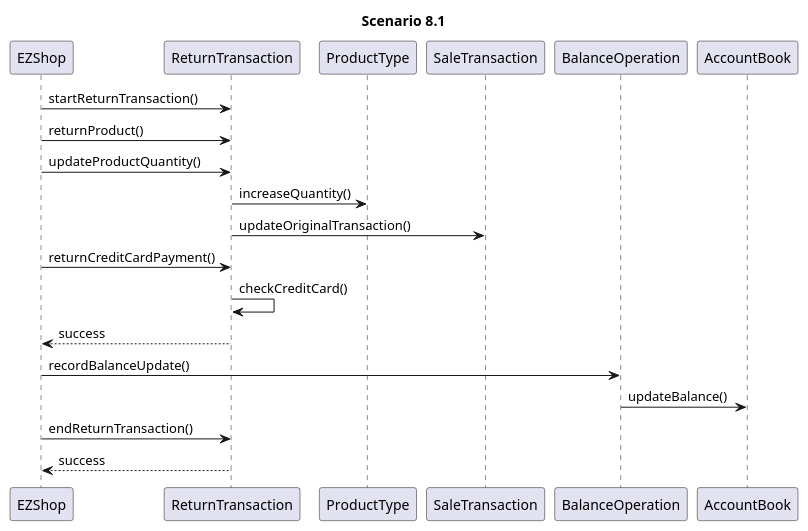
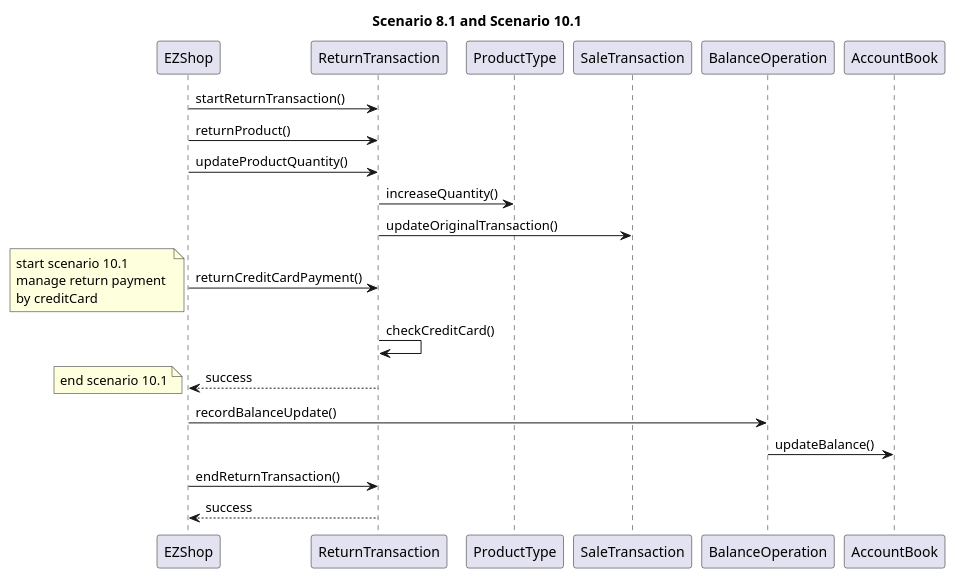
One commit to marco-ballario/EzShop changed the ninth of 9 diagrams in Deliverables/DesignDocument.md. Above: the diagram before and after it, drawn with PlantUML.

Commit message:
Update DesignDocument.md modified scenario 8.1

````diff
--- a/Deliverables/DesignDocument.md
+++ b/Deliverables/DesignDocument.md
@@ -333,15 +333,21 @@
 ```plantuml
-Title: Scenario 8.1
+Title: Scenario 8.1 and Scenario 10.1
 EZShop -> ReturnTransaction : startReturnTransaction()
 EZShop -> ReturnTransaction : returnProduct() 
 EZShop -> ReturnTransaction : updateProductQuantity()
 ReturnTransaction -> ProductType : increaseQuantity()
 ReturnTransaction -> SaleTransaction : updateOriginalTransaction()
 EZShop -> ReturnTransaction : returnCreditCardPayment()
+note left
+start scenario 10.1 
+manage return payment 
+by creditCard
+end note
 ReturnTransaction -> ReturnTransaction : checkCreditCard()
 ReturnTransaction --> EZShop : success
+note left: end scenario 10.1
 EZShop -> BalanceOperation : recordBalanceUpdate()
 BalanceOperation -> AccountBook : updateBalance()
 EZShop -> ReturnTransaction : endReturnTransaction()
 ReturnTransaction --> EZShop : success
 ```
````
